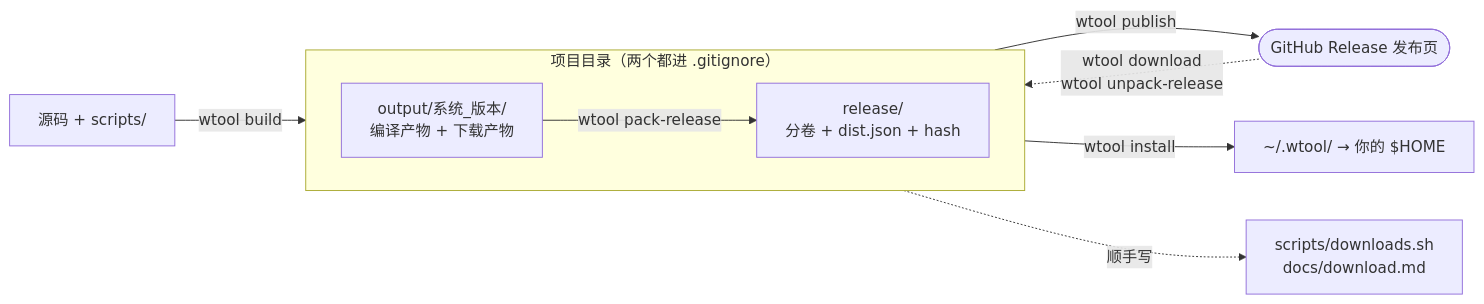
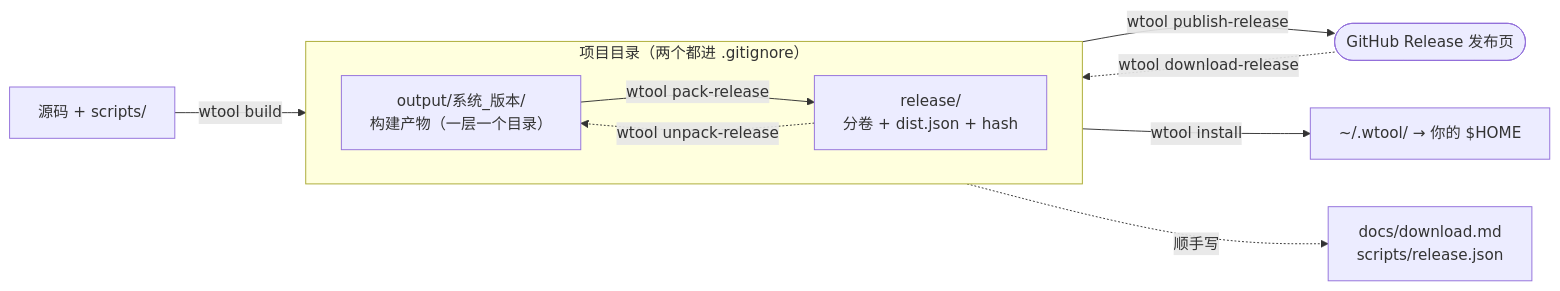
The diagram in .pic/commands.mmd (allinkernel/wtool), drawn with Mermaid before and after one commit. The commit also changed 3 other files, not shown here.

```diff
--- a/.pic/commands.mmd
+++ b/.pic/commands.mmd
@@ -1,20 +1,21 @@
 %% 命令与 output/ release/ 的关系 —— wtool-base/README.md §1.3 用
 %% 改完跑 .pic/render.sh 重新生成 commands.png
 flowchart LR
     SRC["源码 + scripts/"]
     GH(["GitHub Release 发布页"])
     WT["~/.wtool/ → 你的 $HOME"]
-    GEN["scripts/downloads.sh<br/>docs/download.md"]
+    GEN["docs/download.md<br/>scripts/release.json"]
 
     subgraph PROJ["项目目录（两个都进 .gitignore）"]
         direction LR
-        REL["output/系统_版本/<br/>编译产物 + 下载产物"]
+        REL["output/系统_版本/<br/>构建产物（一层一个目录）"]
         PUB["release/<br/>分卷 + dist.json + hash"]
     end
 
     SRC -->|"wtool build"| REL
     REL -->|"wtool pack-release"| PUB
-    PUB -->|"wtool publish"| GH
-    GH -.->|"wtool download<br/>wtool unpack-release"| REL
+    PUB -->|"wtool publish-release"| GH
+    GH -.->|"wtool download-release"| PUB
+    PUB -.->|"wtool unpack-release"| REL
     REL -->|"wtool install"| WT
     PUB -.->|"顺手写"| GEN
```
